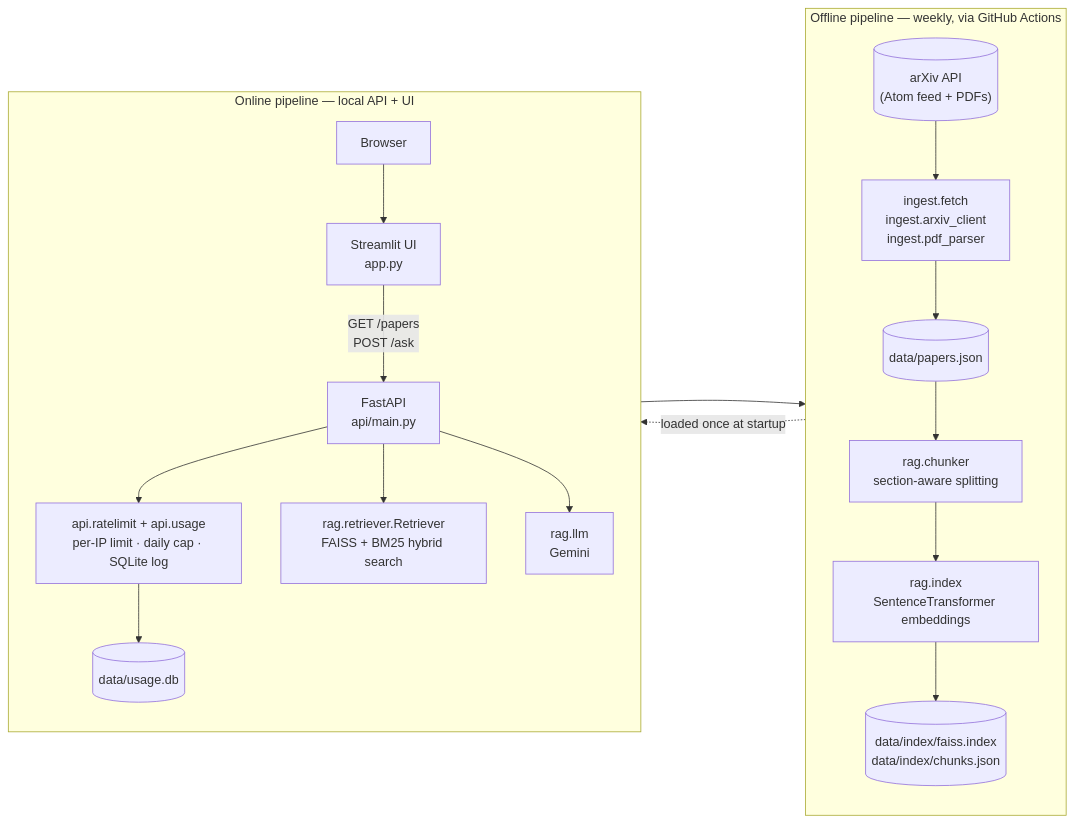
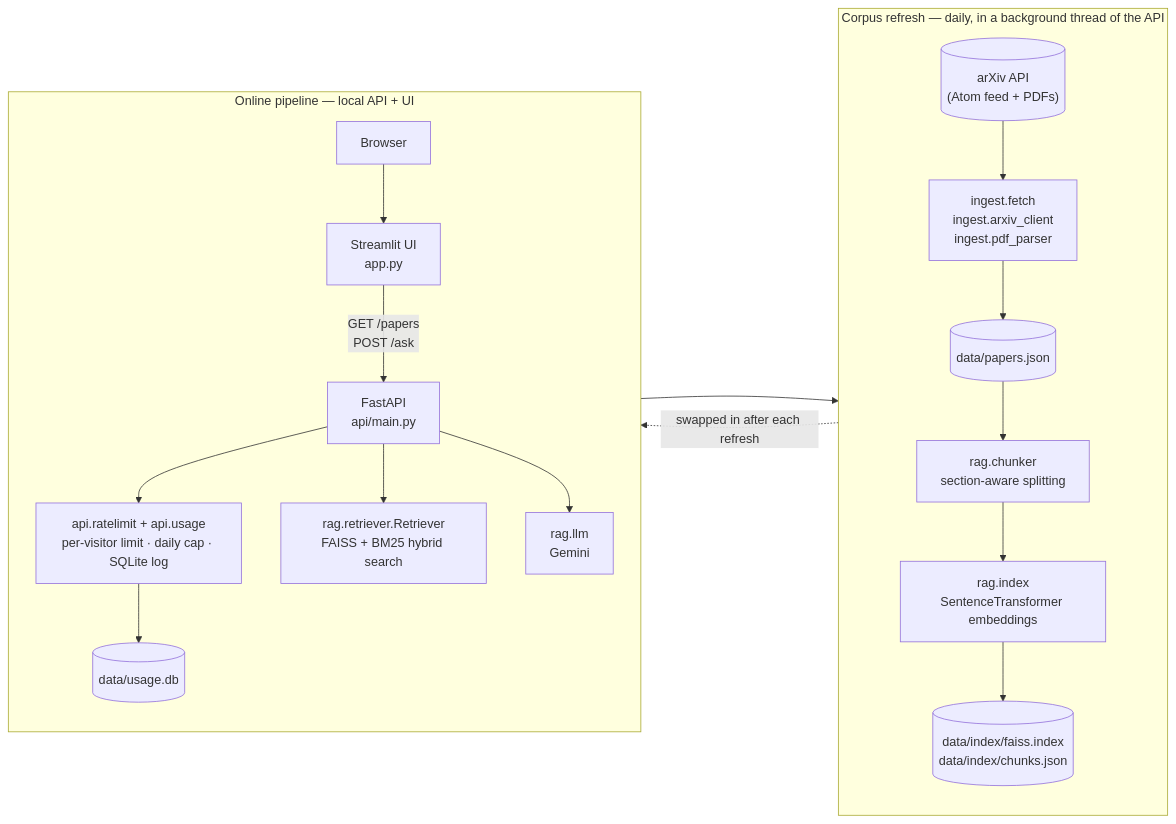
The first of 4 diagrams in README.md (anastber/arxiv-research-radar), drawn with Mermaid before and after one commit. The commit also changed other lines of this file and 14 other files, not shown here.

Commit message:
feat(deploy): daily in-app refresh, Docker image, Hugging Face Space

````diff
--- a/README.md
+++ b/README.md
@@ -77,24 +79,24 @@
 ```mermaid
 flowchart LR
-    subgraph Offline["Offline pipeline — weekly, via GitHub Actions"]
+    subgraph Offline["Corpus refresh — daily, in a background thread of the API"]
         direction TB
         Arxiv[("arXiv API<br/>(Atom feed + PDFs)")] --> Fetch["ingest.fetch<br/>ingest.arxiv_client<br/>ingest.pdf_parser"]
         Fetch --> Papers[("data/papers.json")]
         Papers --> Chunk["rag.chunker<br/>section-aware splitting"]
         Chunk --> Index["rag.index<br/>SentenceTransformer embeddings"]
         Index --> Store[("data/index/faiss.index<br/>data/index/chunks.json")]
     end
 
     subgraph Online["Online pipeline — local API + UI"]
         direction TB
         Browser["Browser"] --> UI["Streamlit UI<br/>app.py"]
         UI -->|"GET /papers<br/>POST /ask"| API["FastAPI<br/>api/main.py"]
-        API --> Guard["api.ratelimit + api.usage<br/>per-IP limit · daily cap · SQLite log"]
+        API --> Guard["api.ratelimit + api.usage<br/>per-visitor limit · daily cap · SQLite log"]
         API --> Retriever["rag.retriever.Retriever<br/>FAISS + BM25 hybrid search"]
         Retriever --> Store
         API --> LLM["rag.llm<br/>Gemini"]
         Guard --> UsageDB[("data/usage.db")]
     end
 
-    Store -.loaded once at startup.-> Retriever
+    Store -.swapped in after each refresh.-> Retriever
 ```
````
